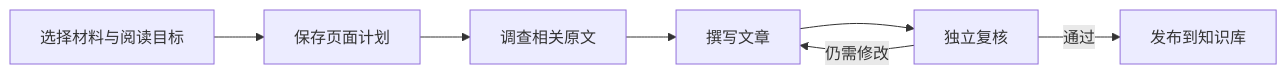
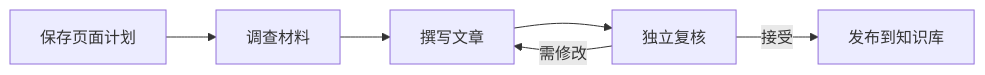
Before and after one commit to lejunyang/omem: the diagram in .repo-review/knowledge/articles/6e759d62e9d979106e38f747df2b358de8e7de1b87bc619a0cf7673070409bef.md, drawn with Mermaid. The commit also changed other lines of this file and 9 other files, not shown here.

````diff
--- a/.repo-review/knowledge/articles/6e759d62e9d979106e38f747df2b358de8e7de1b87bc619a0cf7673070409bef.md
+++ b/.repo-review/knowledge/articles/6e759d62e9d979106e38f747df2b358de8e7de1b87bc619a0cf7673070409bef.md
@@ -21,9 +27,8 @@
 ```mermaid
 flowchart LR
-  A[选择材料与阅读目标] --> B[保存页面计划]
-  B --> C[调查相关原文]
-  C --> D[撰写文章]
-  D --> E[独立复核]
-  E -->|通过| F[发布到知识库]
-  E -->|仍需修改| D
+  A[保存页面计划] --> B[调查材料]
+  B --> C[撰写文章]
+  C --> D[独立复核]
+  D -->|接受| E[发布到知识库]
+  D -->|需修改| C
 ```
````
